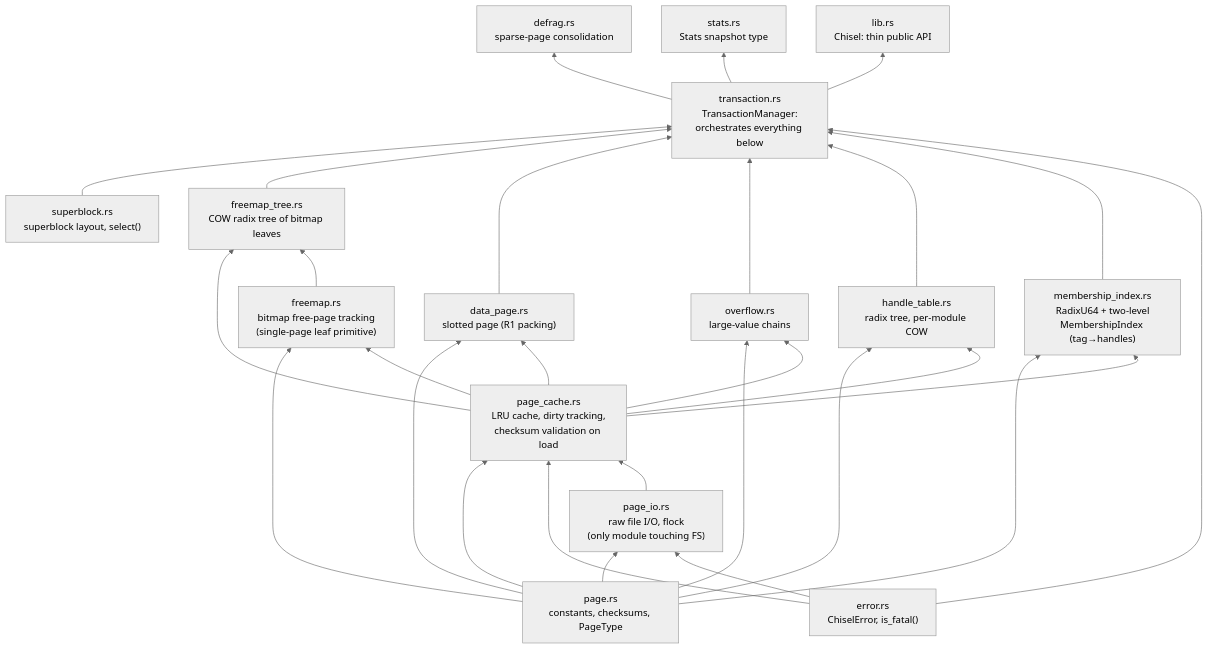
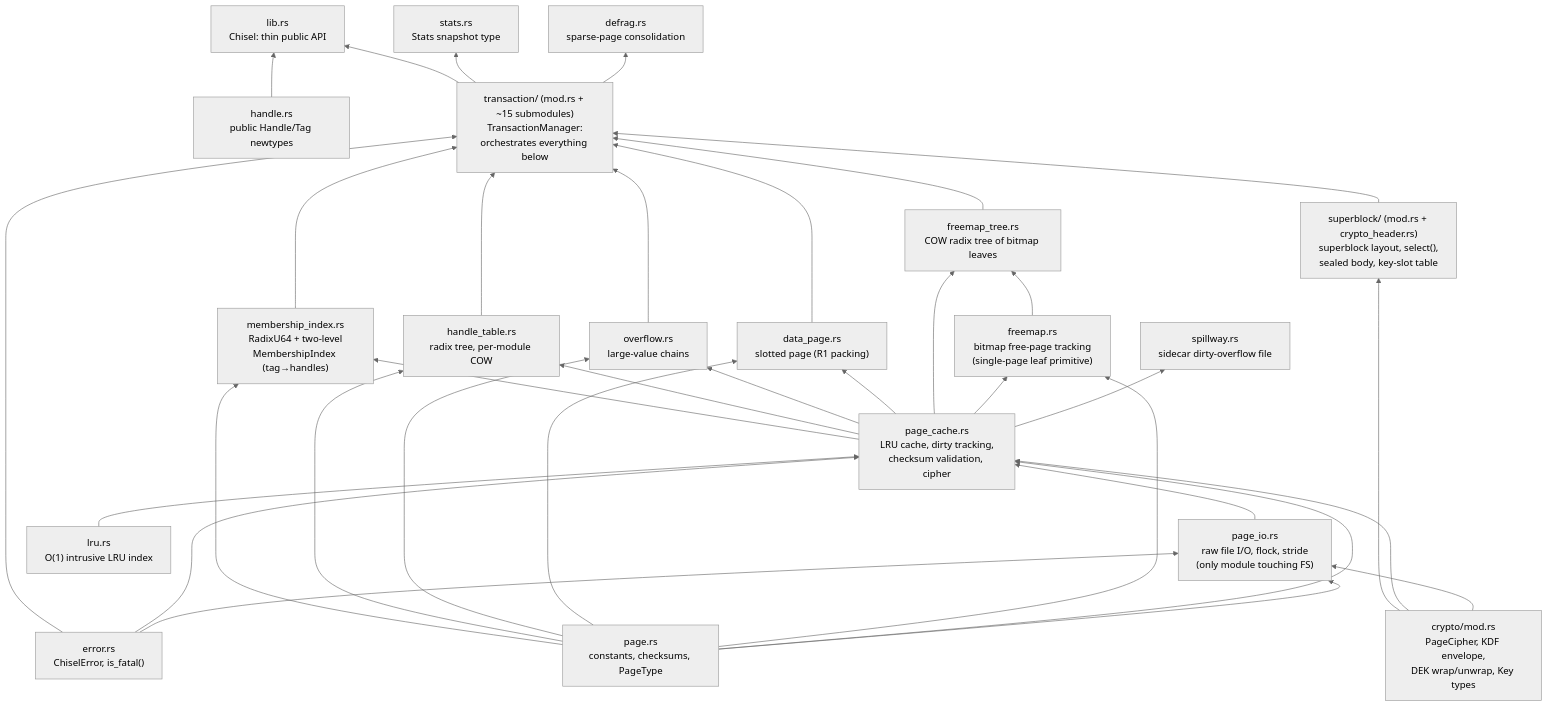
The first of 4 diagrams in ARCHITECTURE.md (pgexperts/chisel), drawn with Mermaid (neutral theme) before and after one commit. The commit also changed other lines of this file and 2 other files, not shown here.

First line of the commit message:
docs: split THEORY out of ARCHITECTURE, refresh all three docs for encryption

````diff
--- a/ARCHITECTURE.md
+++ b/ARCHITECTURE.md
@@ -54,46 +52,56 @@
 ```mermaid
 flowchart BT
     page["page.rs<br/>constants, checksums, PageType"]
     error["error.rs<br/>ChiselError, is_fatal()"]
-    superblock["superblock.rs<br/>superblock layout, select()"]
-    page_io["page_io.rs<br/>raw file I/O, flock<br/>(only module touching FS)"]
-    page_cache["page_cache.rs<br/>LRU cache, dirty tracking,<br/>checksum validation on load"]
+    handle["handle.rs<br/>public Handle/Tag newtypes"]
+    crypto["crypto/mod.rs<br/>PageCipher, KDF envelope,<br/>DEK wrap/unwrap, Key types"]
+    superblock["superblock/ (mod.rs + crypto_header.rs)<br/>superblock layout, select(),<br/>sealed body, key-slot table"]
+    page_io["page_io.rs<br/>raw file I/O, flock, stride<br/>(only module touching FS)"]
+    lru["lru.rs<br/>O(1) intrusive LRU index"]
+    page_cache["page_cache.rs<br/>LRU cache, dirty tracking,<br/>checksum validation, cipher"]
+    spillway["spillway.rs<br/>sidecar dirty-overflow file"]
     freemap["freemap.rs<br/>bitmap free-page tracking<br/>(single-page leaf primitive)"]
     freemap_tree["freemap_tree.rs<br/>COW radix tree of bitmap leaves"]
     data_page["data_page.rs<br/>slotted page (R1 packing)"]
     overflow["overflow.rs<br/>large-value chains"]
     handle_table["handle_table.rs<br/>radix tree, per-module COW"]
     membership_index["membership_index.rs<br/>RadixU64 + two-level<br/>MembershipIndex (tag→handles)"]
-    transaction["transaction.rs<br/>TransactionManager:<br/>orchestrates everything below"]
+    transaction["transaction/ (mod.rs + ~15 submodules)<br/>TransactionManager:<br/>orchestrates everything below"]
     defrag["defrag.rs<br/>sparse-page consolidation"]
     stats["stats.rs<br/>Stats snapshot type"]
     lib["lib.rs<br/>Chisel: thin public API"]
 
     page --> page_io
     error --> page_io
+    crypto --> page_io
     page --> page_cache
     error --> page_cache
+    crypto --> page_cache
     page_io --> page_cache
+    lru --> page_cache
+    page_cache --> spillway
+    crypto --> superblock
     page --> freemap
     page --> data_page
     page --> overflow
     page --> handle_table
     page --> membership_index
     page_cache --> freemap
     page_cache --> freemap_tree
     page_cache --> data_page
     page_cache --> overflow
     page_cache --> handle_table
     page_cache --> membership_index
     superblock --> transaction
     freemap --> freemap_tree
     freemap_tree --> transaction
     data_page --> transaction
     overflow --> transaction
     handle_table --> transaction
     membership_index --> transaction
     error --> transaction
     transaction --> defrag
     transaction --> stats
+    handle --> lib
     transaction --> lib
 ```
````
